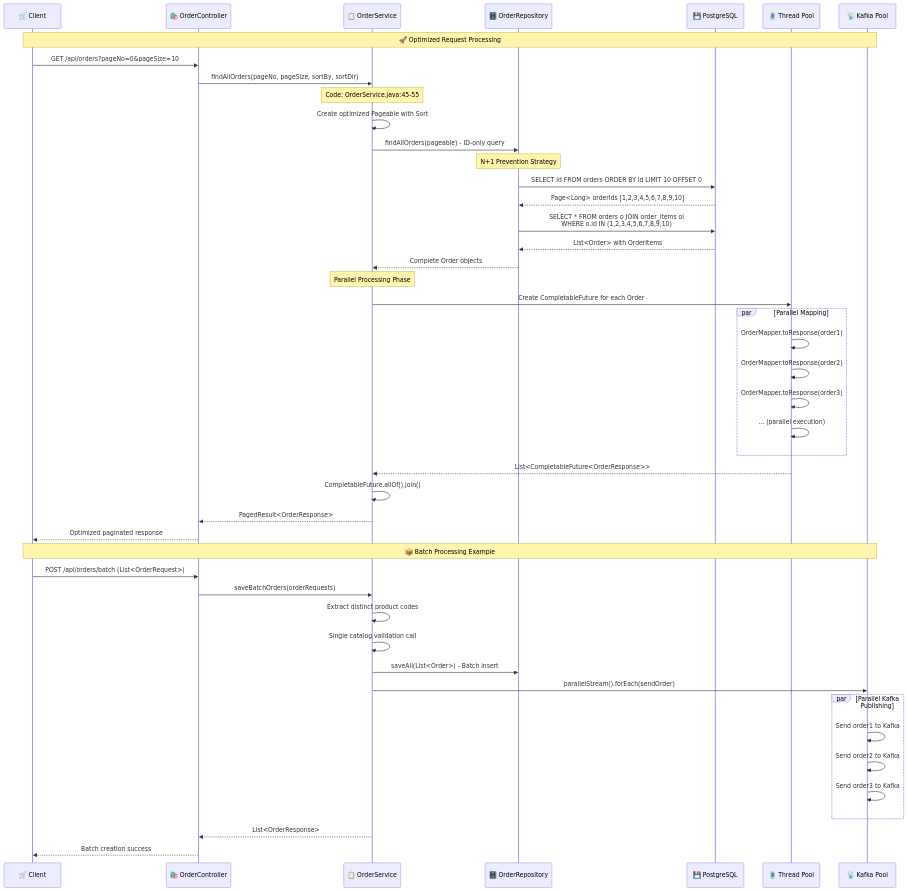
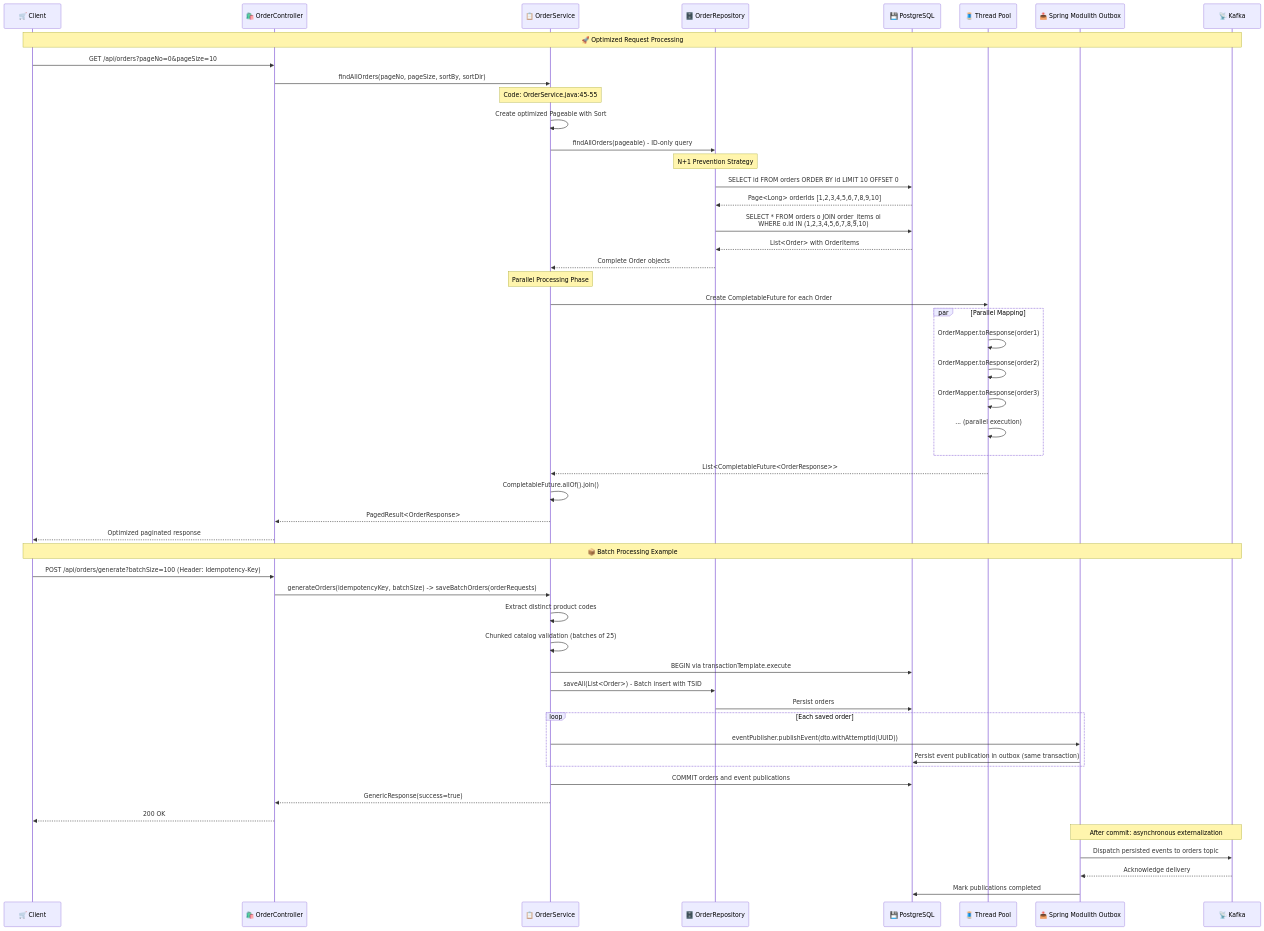
One commit to rajadilipkolli/spring-boot-microservices-series-v2 changed the second of 2 diagrams in order-service/docs/05-Performance-Optimizations-Deep-Dive.md. Above: the diagram before and after it, drawn with Mermaid. The commit also changed other lines of this file and 51 other files, not shown here.

````diff
--- a/order-service/docs/05-Performance-Optimizations-Deep-Dive.md
+++ b/order-service/docs/05-Performance-Optimizations-Deep-Dive.md
@@ -41,59 +41,64 @@
 ```mermaid
 sequenceDiagram
     participant Client as 🛒 Client
     participant Controller as 🛍️ OrderController
     participant Service as 📋 OrderService
     participant Repository as 🗄️ OrderRepository
     participant Database as 💾 PostgreSQL
     participant ThreadPool as 🧵 Thread Pool
-    participant KafkaPool as 📡 Kafka Pool
+    participant Modulith as 📤 Spring Modulith Outbox
+    participant Kafka as 📡 Kafka
     
-    Note over Client, KafkaPool: 🚀 Optimized Request Processing
+    Note over Client, Kafka: 🚀 Optimized Request Processing
     Client->>Controller: GET /api/orders?pageNo=0&pageSize=10
     Controller->>Service: findAllOrders(pageNo, pageSize, sortBy, sortDir)
     
     Note over Service: Code: OrderService.java:45-55
     Service->>Service: Create optimized Pageable with Sort
     Service->>Repository: findAllOrders(pageable) - ID-only query
     
     Note over Repository: N+1 Prevention Strategy
     Repository->>Database: SELECT id FROM orders ORDER BY id LIMIT 10 OFFSET 0
     Database-->>Repository: Page<Long> orderIds [1,2,3,4,5,6,7,8,9,10]
     
     Repository->>Database: SELECT * FROM orders o JOIN order_items oi<br/>WHERE o.id IN (1,2,3,4,5,6,7,8,9,10)
     Database-->>Repository: List<Order> with OrderItems
     Repository-->>Service: Complete Order objects
     
     Note over Service: Parallel Processing Phase
     Service->>ThreadPool: Create CompletableFuture for each Order
     
     par Parallel Mapping
         ThreadPool->>ThreadPool: OrderMapper.toResponse(order1)
         ThreadPool->>ThreadPool: OrderMapper.toResponse(order2)
         ThreadPool->>ThreadPool: OrderMapper.toResponse(order3)
         ThreadPool->>ThreadPool: ... (parallel execution)
     end
     
     ThreadPool-->>Service: List<CompletableFuture<OrderResponse>>
     Service->>Service: CompletableFuture.allOf().join()
     Service-->>Controller: PagedResult<OrderResponse>
     Controller-->>Client: Optimized paginated response
     
-    Note over Client, KafkaPool: 📦 Batch Processing Example
-    Client->>Controller: POST /api/orders/batch (List<OrderRequest>)
-    Controller->>Service: saveBatchOrders(orderRequests)
+    Note over Client, Kafka: 📦 Batch Processing Example
+    Client->>Controller: POST /api/orders/generate?batchSize=100 (Header: Idempotency-Key)
+    Controller->>Service: generateOrders(idempotencyKey, batchSize) -> saveBatchOrders(orderRequests)
     
     Service->>Service: Extract distinct product codes
-    Service->>Service: Single catalog validation call
-    Service->>Repository: saveAll(List<Order>) - Batch insert
-    
-    Service->>KafkaPool: parallelStream().forEach(sendOrder)
-    par Parallel Kafka Publishing
-        KafkaPool->>KafkaPool: Send order1 to Kafka
-        KafkaPool->>KafkaPool: Send order2 to Kafka
-        KafkaPool->>KafkaPool: Send order3 to Kafka
+    Service->>Service: Chunked catalog validation (batches of 25)
+    Service->>Database: BEGIN via transactionTemplate.execute
+    Service->>Repository: saveAll(List<Order>) - Batch insert with TSID
+    Repository->>Database: Persist orders
+    loop Each saved order
+        Service->>Modulith: eventPublisher.publishEvent(dto.withAttemptId(UUID))
+        Modulith->>Database: Persist event publication in outbox (same transaction)
     end
-    
-    Service-->>Controller: List<OrderResponse>
-    Controller-->>Client: Batch creation success
+    Service->>Database: COMMIT orders and event publications
+    Service-->>Controller: GenericResponse(success=true)
+    Controller-->>Client: 200 OK
+
+    Note over Modulith, Kafka: After commit: asynchronous externalization
+    Modulith->>Kafka: Dispatch persisted events to orders topic
+    Kafka-->>Modulith: Acknowledge delivery
+    Modulith->>Database: Mark publications completed
 ```
````
